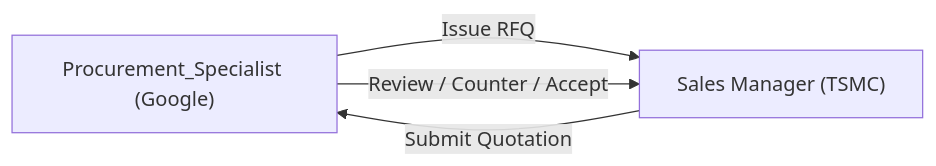
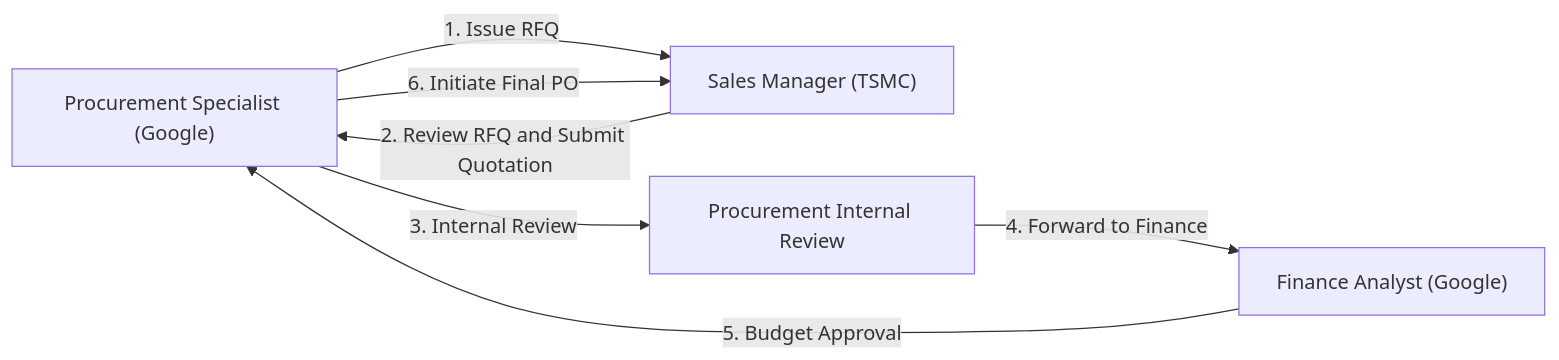
The third of 5 diagrams in README.md (IsaacTai123/procurement_ecosystem), drawn with Mermaid before and after one commit. The commit also changed other lines of this file, not shown here.

````diff
--- a/README.md
+++ b/README.md
@@ -95,6 +169,9 @@
 ```mermaid
 flowchart LR
-    Procurement_Specialist["Procurement_Specialist (Google)"] -->|Issue RFQ| Sales_Manager["Sales Manager (TSMC)"]
-    Sales_Manager -->|Submit Quotation| Procurement_Specialist
-    Procurement_Specialist -->|Review / Counter / Accept| Sales_Manager
+    Procurement_Specialist["Procurement Specialist (Google)"] -->|1. Issue RFQ| Sales_Manager["Sales Manager (TSMC)"]
+    Sales_Manager -->|2. Review RFQ and Submit Quotation| Procurement_Specialist
+    Procurement_Specialist -->|3. Internal Review| Procurement_Review["Procurement Internal Review"]
+    Procurement_Review -->|4. Forward to Finance| Finance_Analyst["Finance Analyst (Google)"]
+    Finance_Analyst -->|5. Budget Approval| Procurement_Specialist
+    Procurement_Specialist -->|6. Initiate Final PO| Sales_Manager
 ```
````
